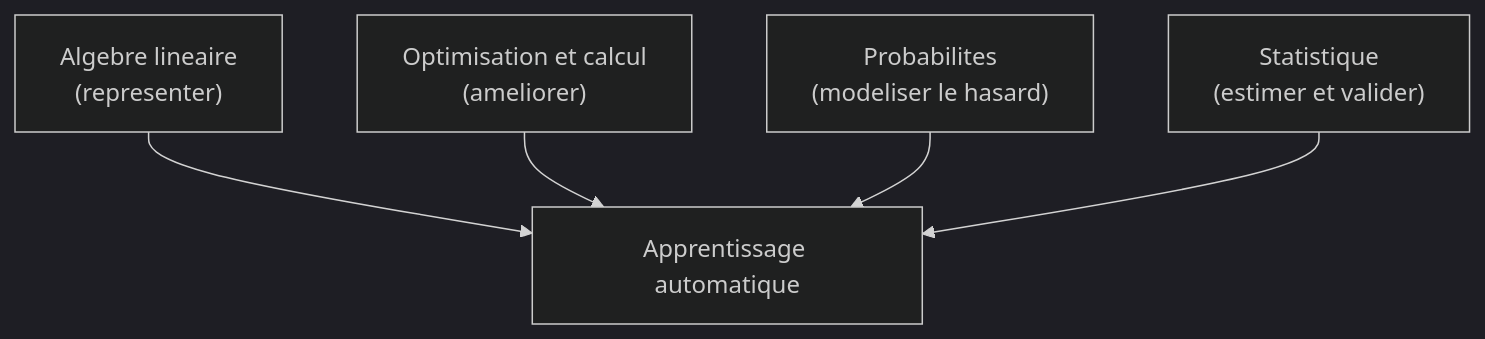
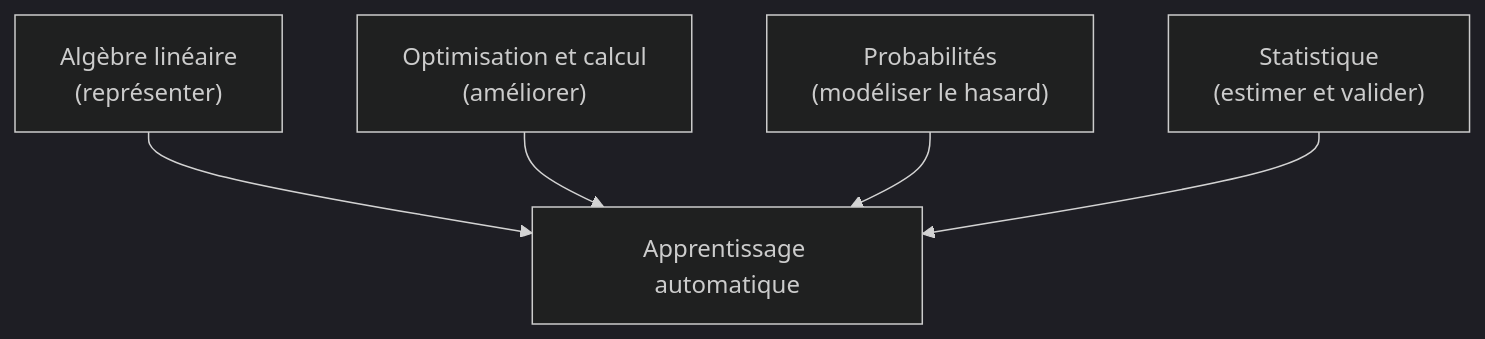
One commit to tanguychenier/Mathematiques-pour-le-Machine-Learning changed the third of 5 diagrams in chapitres/01-introduction-et-motivation.md. Above: the diagram before and after it, drawn with Mermaid (dark theme). The commit also changed other lines of this file and 2 other files, not shown here.

Commit message:
docs(ch1): apply audit fixes, explain "linear", and wire up three diagrams

````diff
--- a/chapitres/01-introduction-et-motivation.md
+++ b/chapitres/01-introduction-et-motivation.md
@@ -169,12 +171,12 @@
 ```mermaid
 flowchart TB
     ML["Apprentissage automatique"]
-    AL["Algebre lineaire<br/>(representer)"]
-    OP["Optimisation et calcul<br/>(ameliorer)"]
-    PR["Probabilites<br/>(modeliser le hasard)"]
+    AL["Algèbre linéaire<br/>(représenter)"]
+    OP["Optimisation et calcul<br/>(améliorer)"]
+    PR["Probabilités<br/>(modéliser le hasard)"]
     ST["Statistique<br/>(estimer et valider)"]
     AL --> ML
     OP --> ML
     PR --> ML
     ST --> ML
 ```
````
